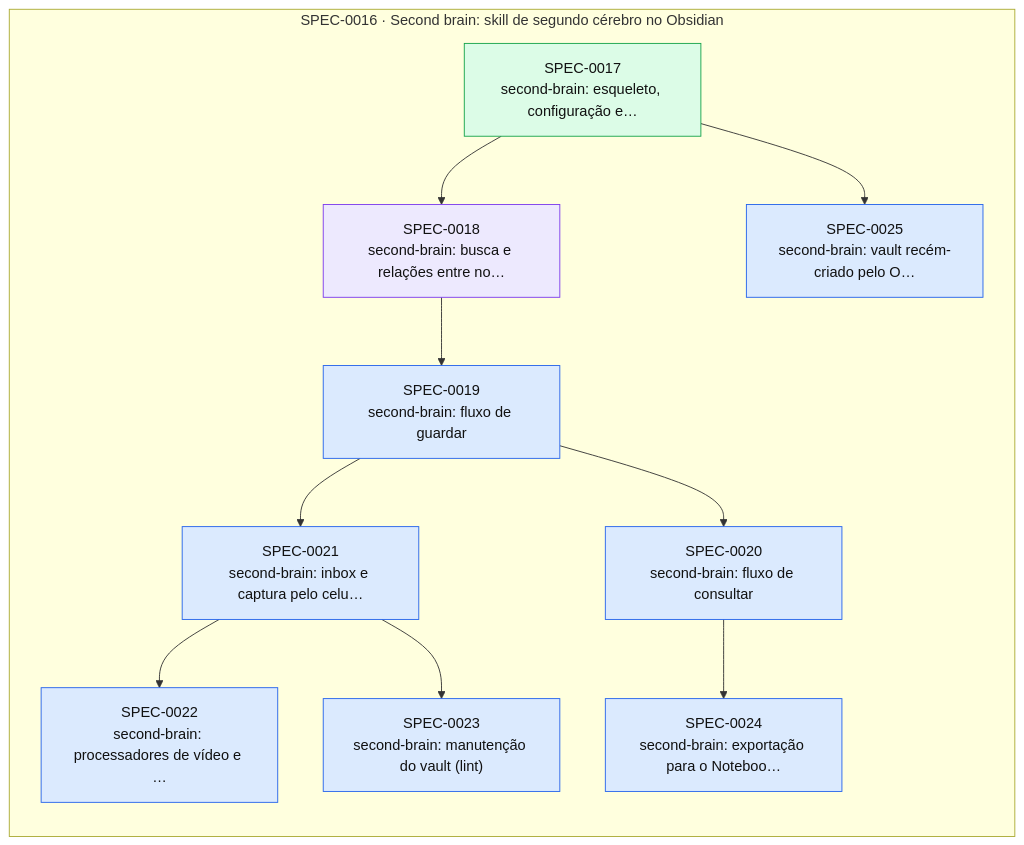
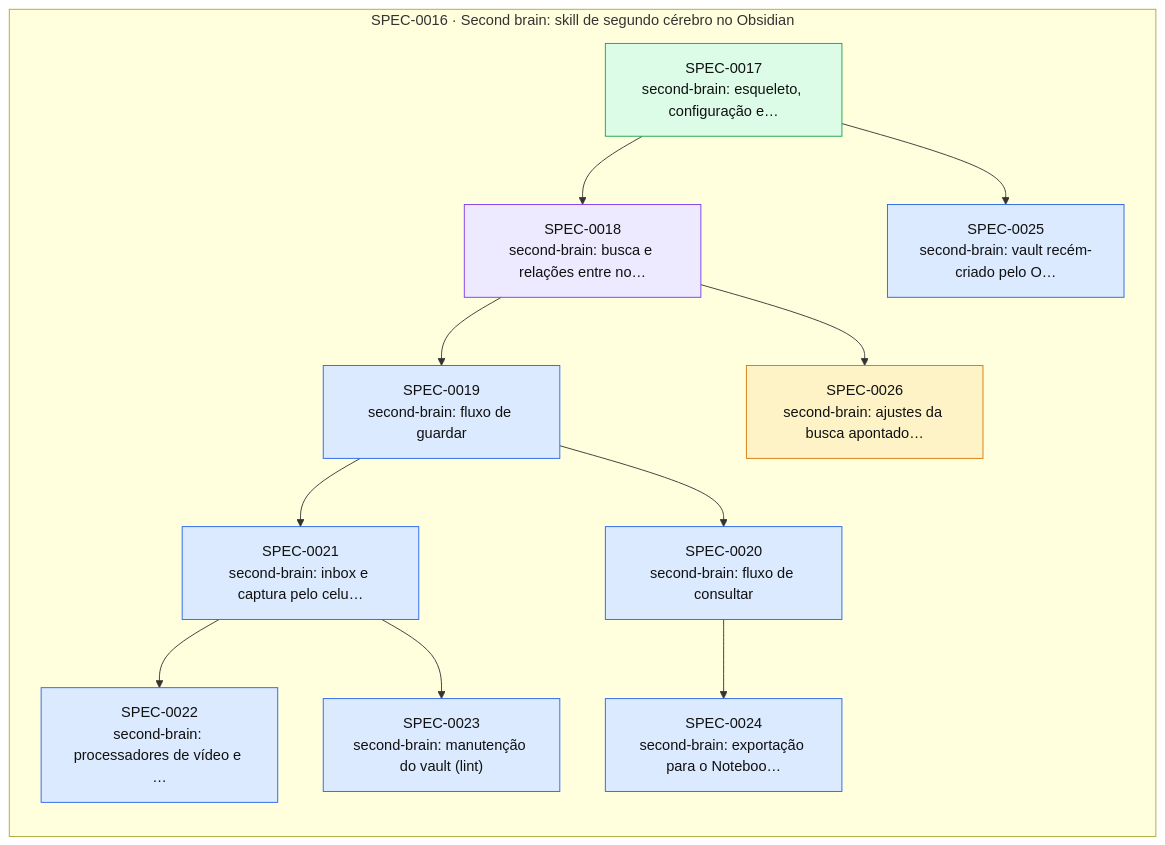
The diagram in docs/specs/INDEX.md (thomasravache/ai-dev-brain), drawn with Mermaid before and after one commit. The commit also changed other lines of this file and 1 other file, not shown here.

First line of the commit message:
docs(specs): SPEC-0026 proposta (ajustes da busca)

````diff
--- a/docs/specs/INDEX.md
+++ b/docs/specs/INDEX.md
@@ -52,27 +53,29 @@
 ```mermaid
 flowchart LR
   subgraph E0016["SPEC-0016 · Second brain: skill de segundo cérebro no Obsidian"]
     S0017["SPEC-0017<br/>second-brain: esqueleto, configuração e…"]:::implemented
     S0018["SPEC-0018<br/>second-brain: busca e relações entre no…"]:::inprogress
     S0019["SPEC-0019<br/>second-brain: fluxo de guardar"]:::approved
     S0020["SPEC-0020<br/>second-brain: fluxo de consultar"]:::approved
     S0021["SPEC-0021<br/>second-brain: inbox e captura pelo celu…"]:::approved
     S0022["SPEC-0022<br/>second-brain: processadores de vídeo e …"]:::approved
     S0023["SPEC-0023<br/>second-brain: manutenção do vault (lint)"]:::approved
     S0024["SPEC-0024<br/>second-brain: exportação para o Noteboo…"]:::approved
     S0025["SPEC-0025<br/>second-brain: vault recém-criado pelo O…"]:::approved
+    S0026["SPEC-0026<br/>second-brain: ajustes da busca apontado…"]:::proposed
   end
   S0017 --> S0018
   S0018 --> S0019
   S0019 --> S0020
   S0019 --> S0021
   S0021 --> S0022
   S0021 --> S0023
   S0020 --> S0024
   S0017 --> S0025
+  S0018 --> S0026
   classDef proposed fill:#fef3c7,stroke:#d97706,color:#111
   classDef approved fill:#dbeafe,stroke:#2563eb,color:#111
   classDef inprogress fill:#ede9fe,stroke:#7c3aed,color:#111
   classDef implemented fill:#dcfce7,stroke:#16a34a,color:#111
   classDef deprecated fill:#f3f4f6,stroke:#9ca3af,color:#6b7280
 ```
````
